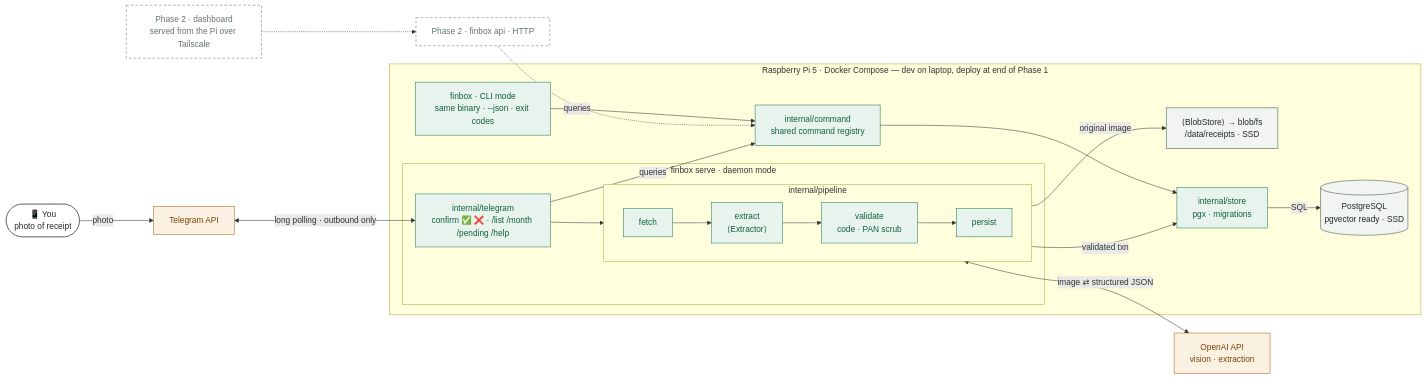
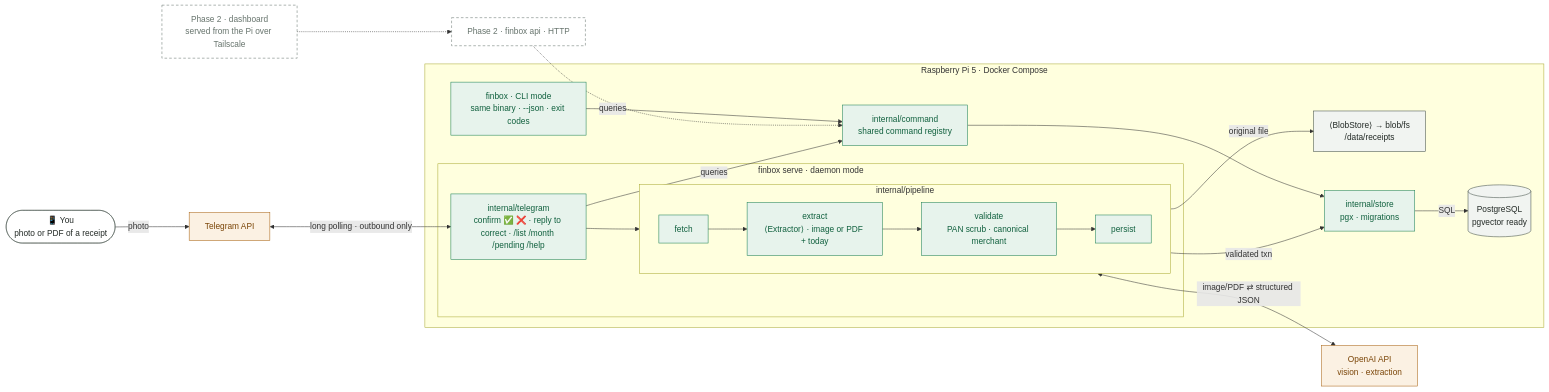
Before and after one commit to yonydev/finbox: the diagram in README.md, drawn with Mermaid. The commit also changed other lines of this file and 1 other file, not shown here.

````diff
--- a/README.md
+++ b/README.md
@@ -5,49 +5,49 @@
 ```mermaid
 flowchart LR
-    YOU(["📱 You<br/>photo of receipt"])
+    YOU(["📱 You<br/>photo or PDF of a receipt"])
     TG["Telegram API"]
     OAI["OpenAI API<br/>vision · extraction"]
 
-    subgraph PI["Raspberry Pi 5 · Docker Compose — dev on laptop, deploy at end of Phase 1"]
+    subgraph PI["Raspberry Pi 5 · Docker Compose"]
         subgraph FD["finbox serve · daemon mode"]
-            BOT["internal/telegram<br/>confirm ✅ ❌ · /list /month /pending /help"]
+            BOT["internal/telegram<br/>confirm ✅ ❌ · reply to correct · /list /month /pending /help"]
             subgraph PL["internal/pipeline"]
                 direction LR
-                F["fetch"] --> X["extract<br/>⟨Extractor⟩"] --> V["validate<br/>code · PAN scrub"] --> S["persist"]
+                F["fetch"] --> X["extract<br/>⟨Extractor⟩ · image or PDF + today"] --> V["validate<br/>PAN scrub · canonical merchant"] --> S["persist"]
             end
             BOT --> PL
         end
         CLI["finbox · CLI mode<br/>same binary · --json · exit codes"]
         CMD["internal/command<br/>shared command registry"]
-        BLOB["⟨BlobStore⟩ → blob/fs<br/>/data/receipts · SSD"]
+        BLOB["⟨BlobStore⟩ → blob/fs<br/>/data/receipts"]
         STORE["internal/store<br/>pgx · migrations"]
-        PG[("PostgreSQL<br/>pgvector ready · SSD")]
+        PG[("PostgreSQL<br/>pgvector ready")]
     end
 
     WEB["Phase 2 · dashboard<br/>served from the Pi over Tailscale"]
     API["Phase 2 · finbox api · HTTP"]
 
     YOU -- "photo" --> TG
     TG <-- "long polling · outbound only" --> BOT
-    F -- "original image" --> BLOB
-    X <-- "image ⇄ structured JSON" --> OAI
+    F -- "original file" --> BLOB
+    X <-- "image/PDF ⇄ structured JSON" --> OAI
     S -- "validated txn" --> STORE
     BOT -- "queries" --> CMD
     CLI -- "queries" --> CMD
     CMD --> STORE
     STORE -- "SQL" --> PG
     WEB -.-> API
     API -.-> CMD
 
     classDef go fill:#e7f3ec,stroke:#177e52,color:#10603e
     classDef ext fill:#fbf1e3,stroke:#a8600f,color:#7a4507
     classDef infra fill:#f1f4f1,stroke:#3d4a43,color:#232a26
     classDef p2 fill:none,stroke:#66736c,color:#66736c,stroke-dasharray:5 4
     classDef plain fill:none,stroke:#3d4a43,color:#232a26
 
     class BOT,F,X,V,S,CLI,STORE,CMD go
     class TG,OAI ext
     class BLOB,PG infra
     class WEB,API p2
     class YOU plain
 ```
````
